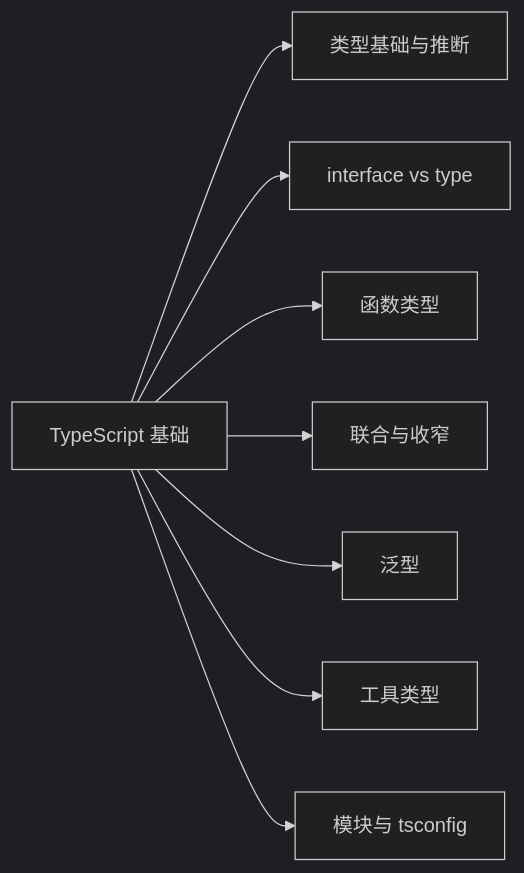
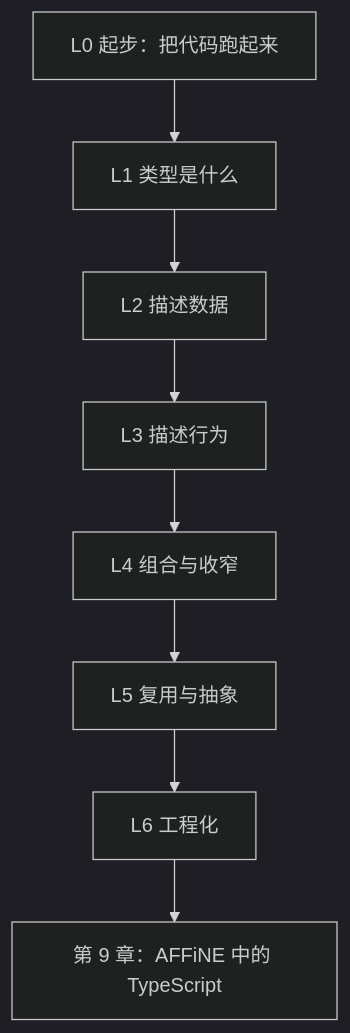
Before and after one commit to lfire/AFFiNE: the diagram in learning-guide/slides/decks/05.md, drawn with Mermaid (dark theme). The commit also changed other lines of this file and 2 other files, not shown here.

````diff
--- a/learning-guide/slides/decks/05.md
+++ b/learning-guide/slides/decks/05.md
@@ -27,10 +35,10 @@
 ```mermaid
-flowchart LR
-  A["TypeScript 基础"] --> B["类型基础与推断"]
-  A --> C["interface vs type"]
-  A --> D["函数类型"]
-  A --> E["联合与收窄"]
-  A --> F["泛型"]
-  A --> G["工具类型"]
-  A --> H["模块与 tsconfig"]
+flowchart TD
+  L0["L0 起步：把代码跑起来"] --> L1["L1 类型是什么"]
+  L1 --> L2["L2 描述数据"]
+  L2 --> L3["L3 描述行为"]
+  L3 --> L4["L4 组合与收窄"]
+  L4 --> L5["L5 复用与抽象"]
+  L5 --> L6["L6 工程化"]
+  L6 --> N["第 9 章：AFFiNE 中的 TypeScript"]
 ```
````
